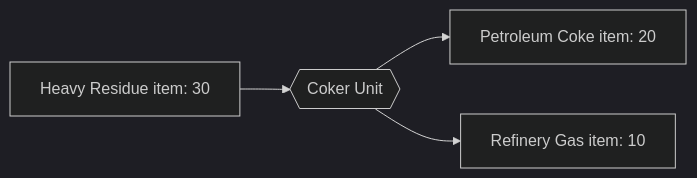
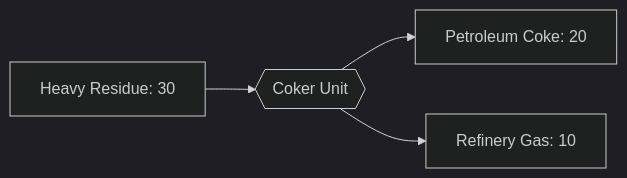
One commit to MelancholyRadiance/RazFractionalDistillation changed the diagram in Docs_RazFractionalDistillation/Recipes/Fuels/02-Petroleum-Coke.md. Above: the diagram before and after it, drawn with Mermaid (dark theme). The commit also changed 1 other file, not shown here.

Commit message:
fix formatting

````diff
--- a/Docs_RazFractionalDistillation/Recipes/Fuels/02-Petroleum-Coke.md
+++ b/Docs_RazFractionalDistillation/Recipes/Fuels/02-Petroleum-Coke.md
@@ -23,6 +23,6 @@
 ```mermaid
 flowchart LR
-    HR[Heavy Residue item: 30] --> M{{Coker Unit}}
-    M --> COKE[Petroleum Coke item: 20]
-    M --> RG[Refinery Gas item: 10]
+    HR[Heavy Residue: 30] --> M{{Coker Unit}}
+    M --> COKE[Petroleum Coke: 20]
+    M --> RG[Refinery Gas: 10]
 ```
````
